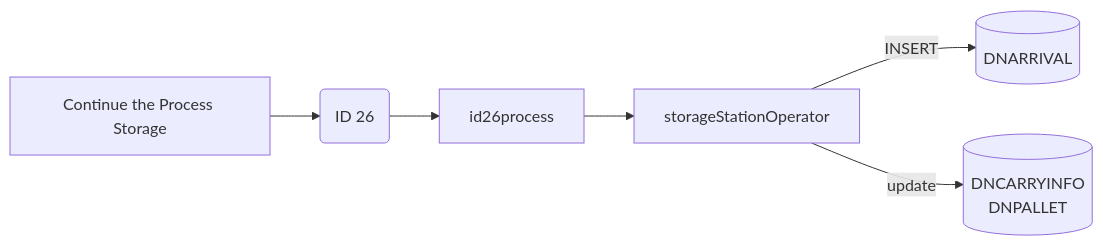
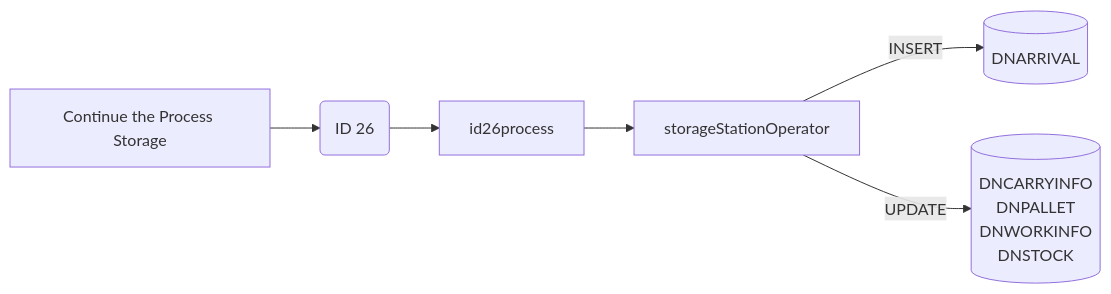
Before and after one commit to luthfiadityaa/SimeDarby-Wiki: the seventh of 11 diagrams in Basic-Design/DFD-WMS/Storage/Planned-Storage-Packaging-Material.md, drawn with Mermaid. The commit also changed other lines of this file, not shown here.

Commit message:
Updated Planned Storage Packaging Material

```diff
--- a/Basic-Design/DFD-WMS/Storage/Planned-Storage-Packaging-Material.md
+++ b/Basic-Design/DFD-WMS/Storage/Planned-Storage-Packaging-Material.md
@@ -502,26 +413,28 @@
 ::: mermaid
 flowchart LR
 
 releaseCommand["
 Continue the Process Storage
 "]
 
 id26msg("
 ID 26
 ")
 
 id26-insert[("
 DNARRIVAL
 ")]
 
 id26-update[("
 DNCARRYINFO
 DNPALLET
+DNWORKINFO
+DNSTOCK
 ")]
 
 storageStationOperator[storageStationOperator]
 
 releaseCommand-->id26msg-->id26process-->storageStationOperator
 storageStationOperator--> |INSERT| id26-insert
-storageStationOperator--> |update| id26-update
+storageStationOperator--> |UPDATE| id26-update
 :::
```
